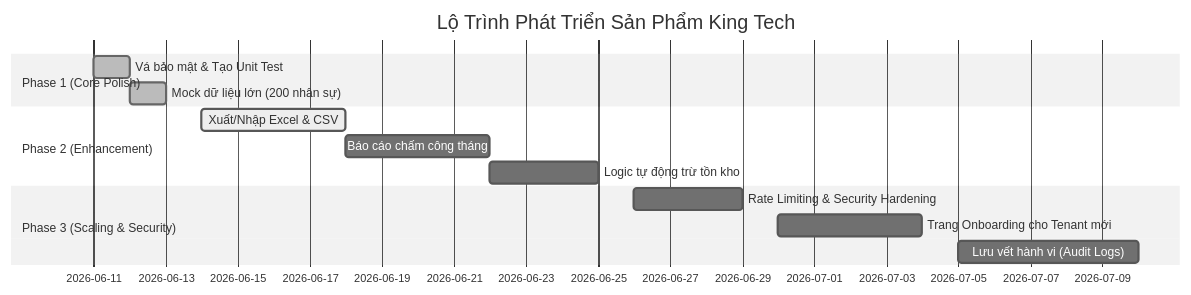
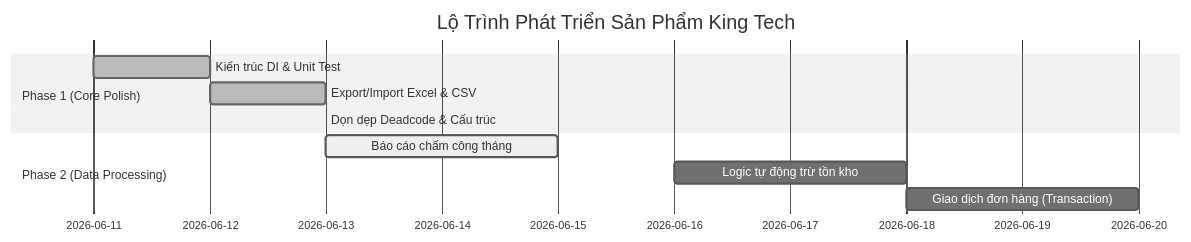
One commit to ththiep/king-tech-be changed the diagram in docs/pm_po_project_review.md. Above: the diagram before and after it, drawn with Mermaid (neutral theme). The commit also changed other lines of this file and 1 other file, not shown here.

````diff
--- a/docs/pm_po_project_review.md
+++ b/docs/pm_po_project_review.md
@@ -72,16 +48,13 @@
 ```mermaid
 gantt
     title Lộ Trình Phát Triển Sản Phẩm King Tech
     dateFormat  YYYY-MM-DD
     section Phase 1 (Core Polish)
-    Vá bảo mật & Tạo Unit Test      :done, des1, 2026-06-11, 2026-06-12
-    Mock dữ liệu lớn (200 nhân sự)  :done, des2, 2026-06-12, 2026-06-13
-    section Phase 2 (Enhancement)
-    Xuất/Nhập Excel & CSV           :active, des3, 2026-06-14, 2026-06-18
-    Báo cáo chấm công tháng         : des4, 2026-06-18, 2026-06-22
-    Logic tự động trừ tồn kho       : des5, 2026-06-22, 2026-06-25
-    section Phase 3 (Scaling & Security)
-    Rate Limiting & Security Hardening: des6, 2026-06-26, 2026-06-29
-    Trang Onboarding cho Tenant mới : des7, 2026-06-30, 2026-07-04
-    Lưu vết hành vi (Audit Logs)    : des8, 2026-07-05, 2026-07-10
+    Kiến trúc DI & Unit Test        :done, des1, 2026-06-11, 2026-06-12
+    Export/Import Excel & CSV       :done, des2, 2026-06-12, 2026-06-13
+    Dọn dẹp Deadcode & Cấu trúc     :done, des3, 2026-06-13, 2026-06-13
+    section Phase 2 (Data Processing)
+    Báo cáo chấm công tháng         :active, des4, 2026-06-13, 2026-06-15
+    Logic tự động trừ tồn kho       : des5, 2026-06-16, 2026-06-18
+    Giao dịch đơn hàng (Transaction): des6, 2026-06-18, 2026-06-20
 ```
````
